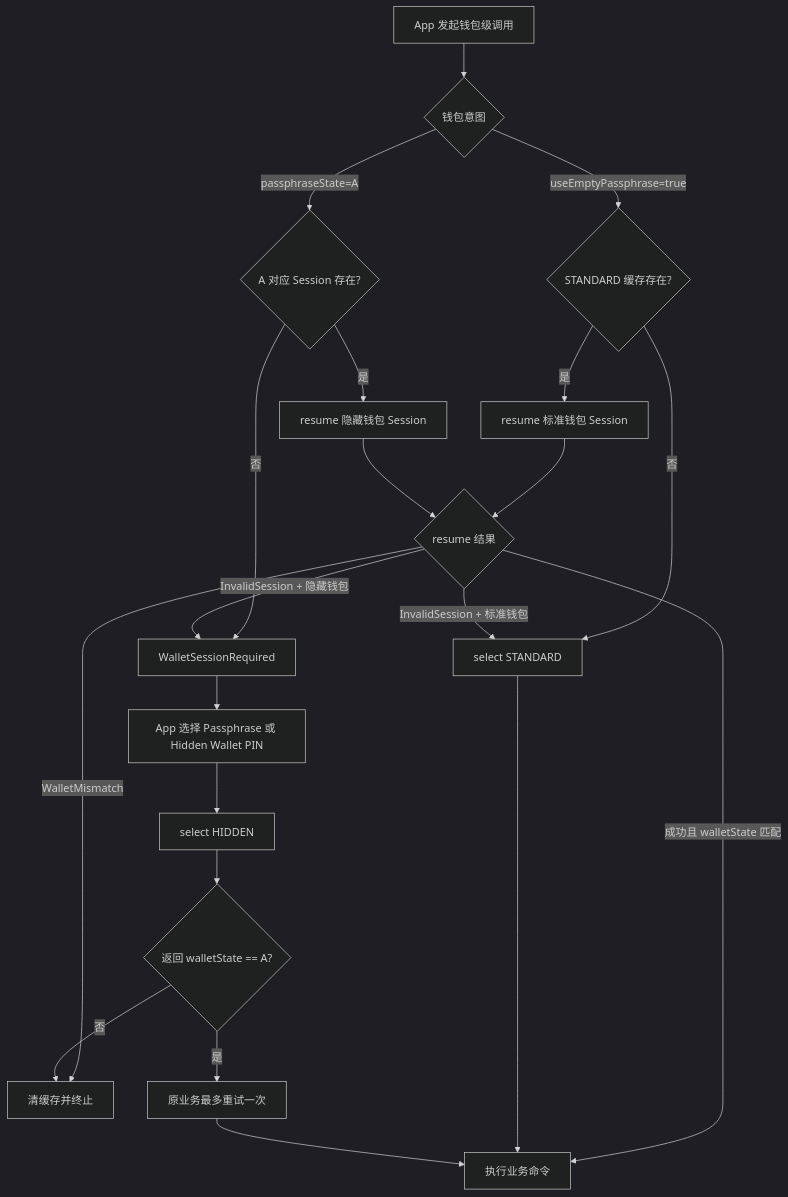
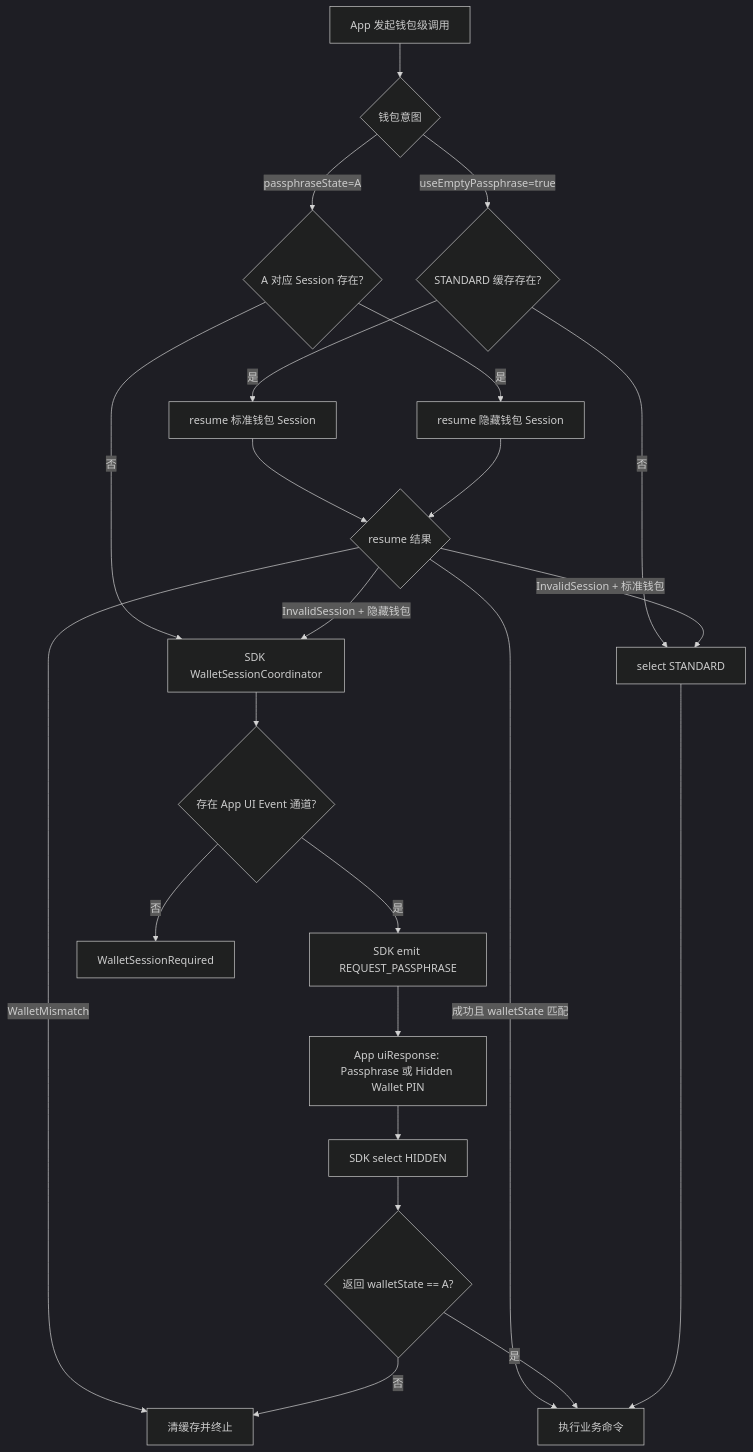
One commit to OneKeyHQ/hardware-js-sdk changed the first of 4 diagrams in docs/superpowers/specs/2026-07-16-pro2-eventless-wallet-session-design.md. Above: the diagram before and after it, drawn with Mermaid (dark theme). The commit also changed other lines of this file, not shown here.

Commit message:
docs: preserve SDK UI events for Pro2 sessions

````diff
--- a/docs/superpowers/specs/2026-07-16-pro2-eventless-wallet-session-design.md
+++ b/docs/superpowers/specs/2026-07-16-pro2-eventless-wallet-session-design.md
@@ -46,28 +64,30 @@
 ```mermaid
 flowchart TD
     Call[App 发起钱包级调用] --> Intent{钱包意图}
 
     Intent -->|useEmptyPassphrase=true| StandardCache{STANDARD 缓存存在?}
     StandardCache -->|是| ResumeStandard[resume 标准钱包 Session]
     StandardCache -->|否| SelectStandard[select STANDARD]
 
     Intent -->|passphraseState=A| HiddenCache{A 对应 Session 存在?}
     HiddenCache -->|是| ResumeHidden[resume 隐藏钱包 Session]
-    HiddenCache -->|否| Required[WalletSessionRequired]
+    HiddenCache -->|否| Coordinator[SDK WalletSessionCoordinator]
 
     ResumeStandard --> ResumeResult{resume 结果}
     ResumeHidden --> ResumeResult
     ResumeResult -->|成功且 walletState 匹配| Business[执行业务命令]
     ResumeResult -->|InvalidSession + 标准钱包| SelectStandard
-    ResumeResult -->|InvalidSession + 隐藏钱包| Required
+    ResumeResult -->|InvalidSession + 隐藏钱包| Coordinator
     ResumeResult -->|WalletMismatch| Stop[清缓存并终止]
 
-    Required --> Choice[App 选择 Passphrase 或 Hidden Wallet PIN]
-    Choice --> SelectHidden[select HIDDEN]
+    Coordinator --> UiAvailable{存在 App UI Event 通道?}
+    UiAvailable -->|是| Event[SDK emit REQUEST_PASSPHRASE]
+    UiAvailable -->|否| Required[WalletSessionRequired]
+    Event --> Choice[App uiResponse: Passphrase 或 Hidden Wallet PIN]
+    Choice --> SelectHidden[SDK select HIDDEN]
     SelectHidden --> Verify{返回 walletState == A?}
-    Verify -->|是| Retry[原业务最多重试一次]
+    Verify -->|是| Business
     Verify -->|否| Stop
 
     SelectStandard --> Business
-    Retry --> Business
 ```
````
